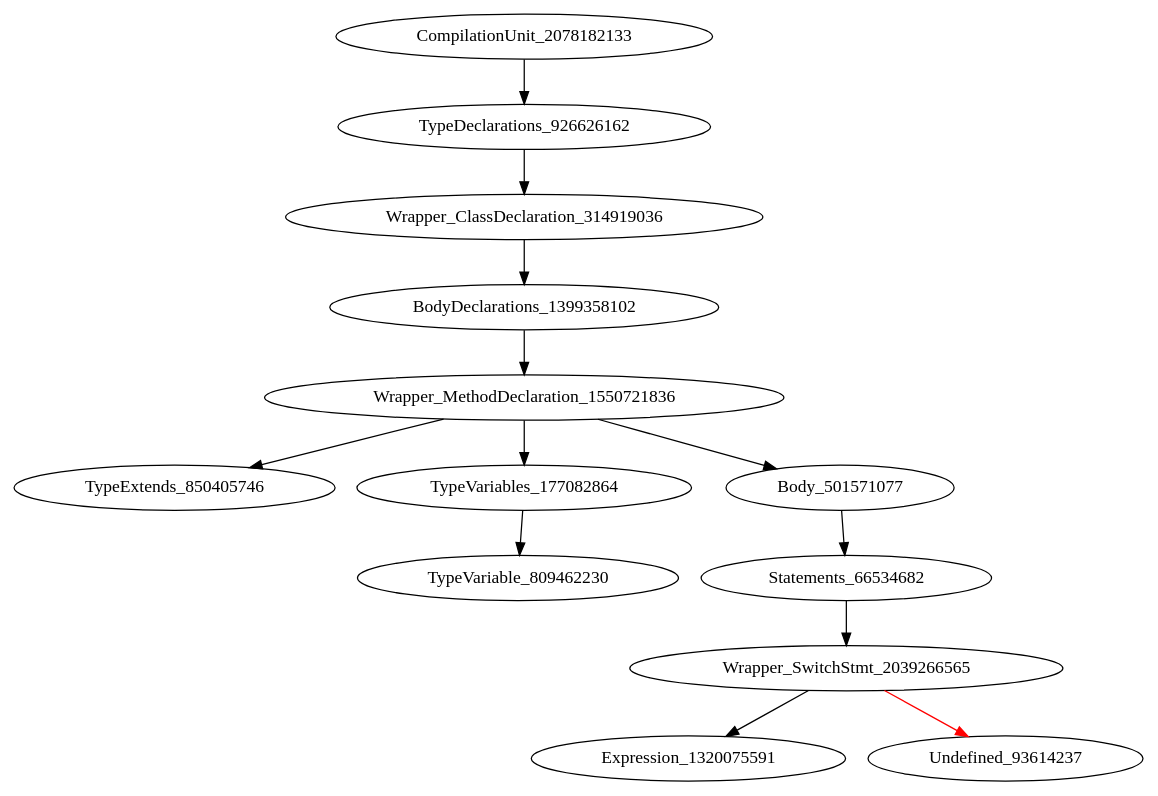
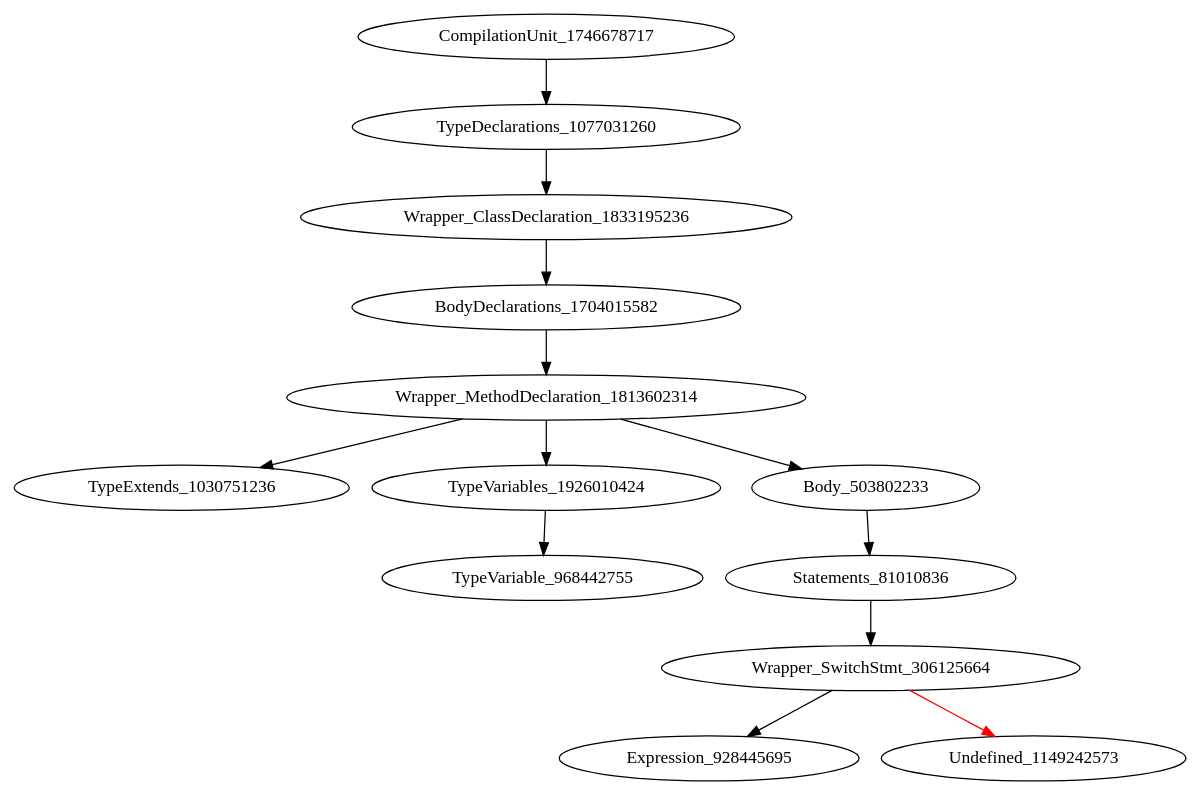
Before and after one commit to icse2023material/VoiceJava: the diagram in holeAST.dot, drawn with Graphviz. The commit also changed 17 other files, not shown here.

```diff
--- a/holeAST.dot
+++ b/holeAST.dot
@@ -1,14 +1,14 @@
 digraph {
-CompilationUnit_2078182133 -> TypeDeclarations_926626162
-TypeDeclarations_926626162 -> Wrapper_ClassDeclaration_314919036
-Wrapper_ClassDeclaration_314919036 -> BodyDeclarations_1399358102
-BodyDeclarations_1399358102 -> Wrapper_MethodDeclaration_1550721836
-Wrapper_MethodDeclaration_1550721836 -> TypeExtends_850405746
-Wrapper_MethodDeclaration_1550721836 -> TypeVariables_177082864
-Wrapper_MethodDeclaration_1550721836 -> Body_501571077
-TypeVariables_177082864 -> TypeVariable_809462230
-Body_501571077 -> Statements_66534682
-Statements_66534682 -> Wrapper_SwitchStmt_2039266565
-Wrapper_SwitchStmt_2039266565 -> Expression_1320075591
-Wrapper_SwitchStmt_2039266565 -> Undefined_93614237 [color = red] 
+CompilationUnit_1746678717 -> TypeDeclarations_1077031260
+TypeDeclarations_1077031260 -> Wrapper_ClassDeclaration_1833195236
+Wrapper_ClassDeclaration_1833195236 -> BodyDeclarations_1704015582
+BodyDeclarations_1704015582 -> Wrapper_MethodDeclaration_1813602314
+Wrapper_MethodDeclaration_1813602314 -> TypeExtends_1030751236
+Wrapper_MethodDeclaration_1813602314 -> TypeVariables_1926010424
+Wrapper_MethodDeclaration_1813602314 -> Body_503802233
+TypeVariables_1926010424 -> TypeVariable_968442755
+Body_503802233 -> Statements_81010836
+Statements_81010836 -> Wrapper_SwitchStmt_306125664
+Wrapper_SwitchStmt_306125664 -> Expression_928445695
+Wrapper_SwitchStmt_306125664 -> Undefined_1149242573 [color = red] 
 }
```
